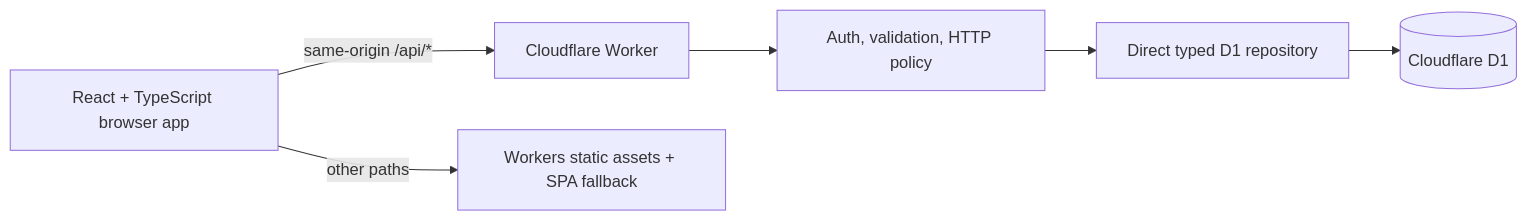
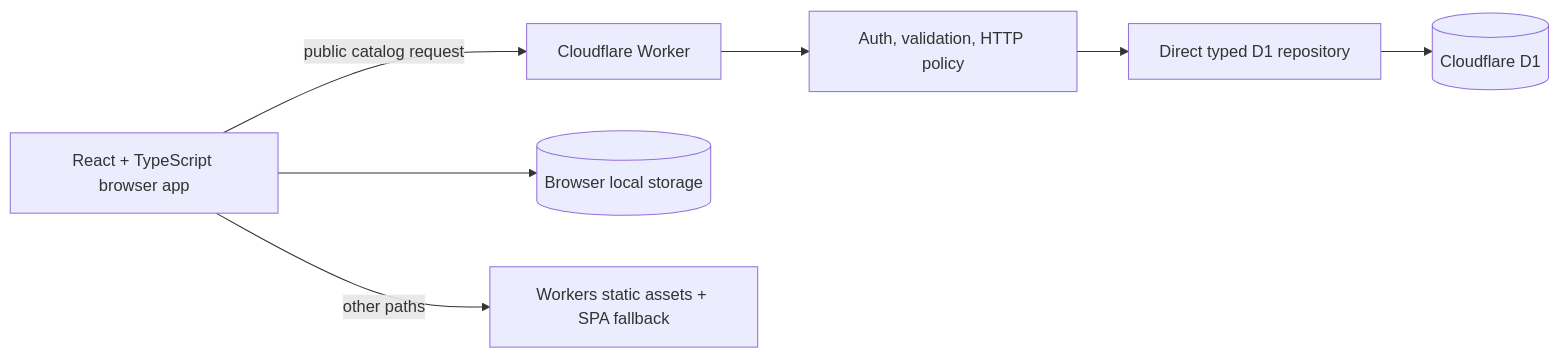
The diagram in docs/ARCHITECTURE.md (HoLeeChuck/dexly-pokemon-go-companion), drawn with Mermaid before and after one commit. The commit also changed other lines of this file and 10 other files, not shown here.

````diff
--- a/docs/ARCHITECTURE.md
+++ b/docs/ARCHITECTURE.md
@@ -7,8 +7,9 @@
 ```mermaid
 flowchart LR
-  B["React + TypeScript browser app"] -->|"same-origin /api/*"| W["Cloudflare Worker"]
+  B["React + TypeScript browser app"] -->|"public catalog request"| W["Cloudflare Worker"]
+  B --> L[("Browser local storage")]
   W --> A["Auth, validation, HTTP policy"]
   A --> R["Direct typed D1 repository"]
   R --> D[("Cloudflare D1")]
   B -->|"other paths"| S["Workers static assets + SPA fallback"]
 ```
````
